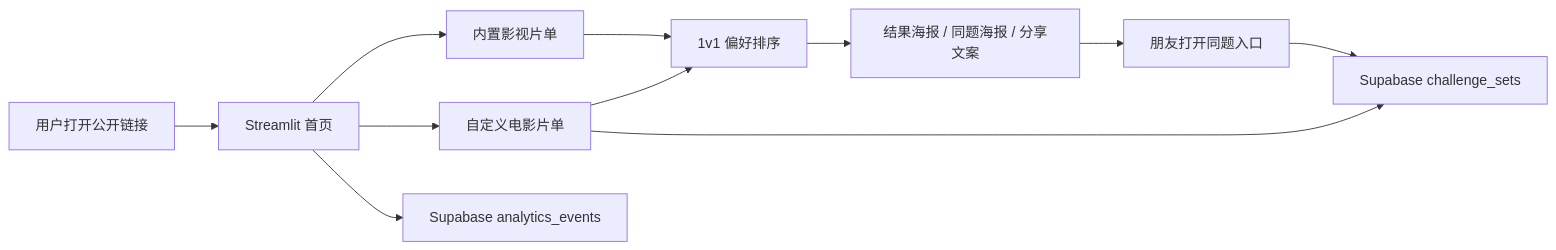
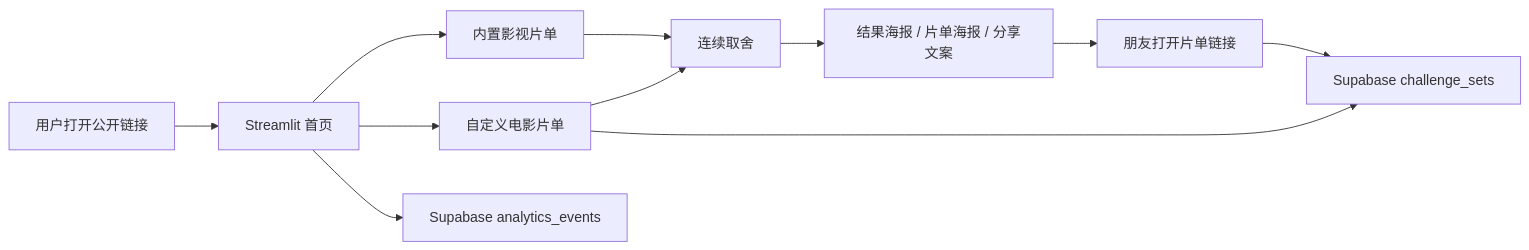
The diagram in README.md (Atirian-Chen/Sort_FilmsGame), drawn with Mermaid before and after one commit. The commit also changed other lines of this file and 4 other files, not shown here.

````diff
--- a/README.md
+++ b/README.md
@@ -68,13 +68,13 @@
 ```mermaid
 flowchart LR
   A[用户打开公开链接] --> B[Streamlit 首页]
   B --> C[内置影视片单]
   B --> D[自定义电影片单]
-  C --> E[1v1 偏好排序]
+  C --> E[连续取舍]
   D --> E
-  E --> F[结果海报 / 同题海报 / 分享文案]
-  F --> G[朋友打开同题入口]
+  E --> F[结果海报 / 片单海报 / 分享文案]
+  F --> G[朋友打开片单链接]
   B --> H[Supabase analytics_events]
   D --> I[Supabase challenge_sets]
   G --> I
 ```
````
